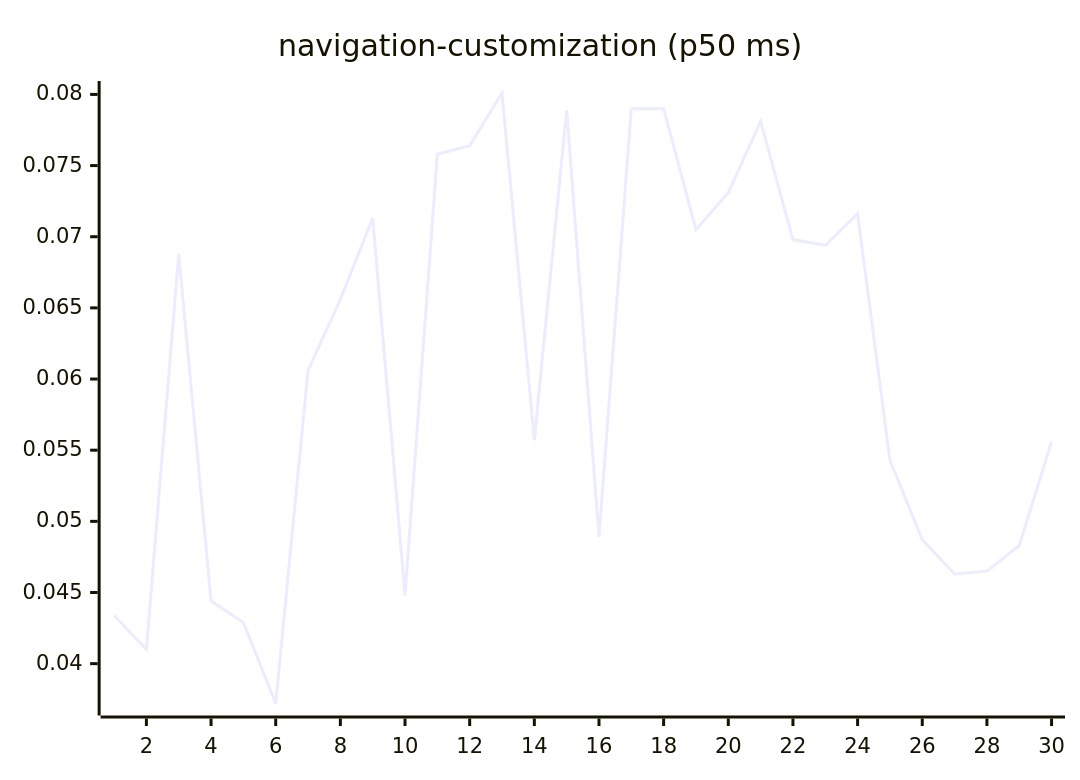
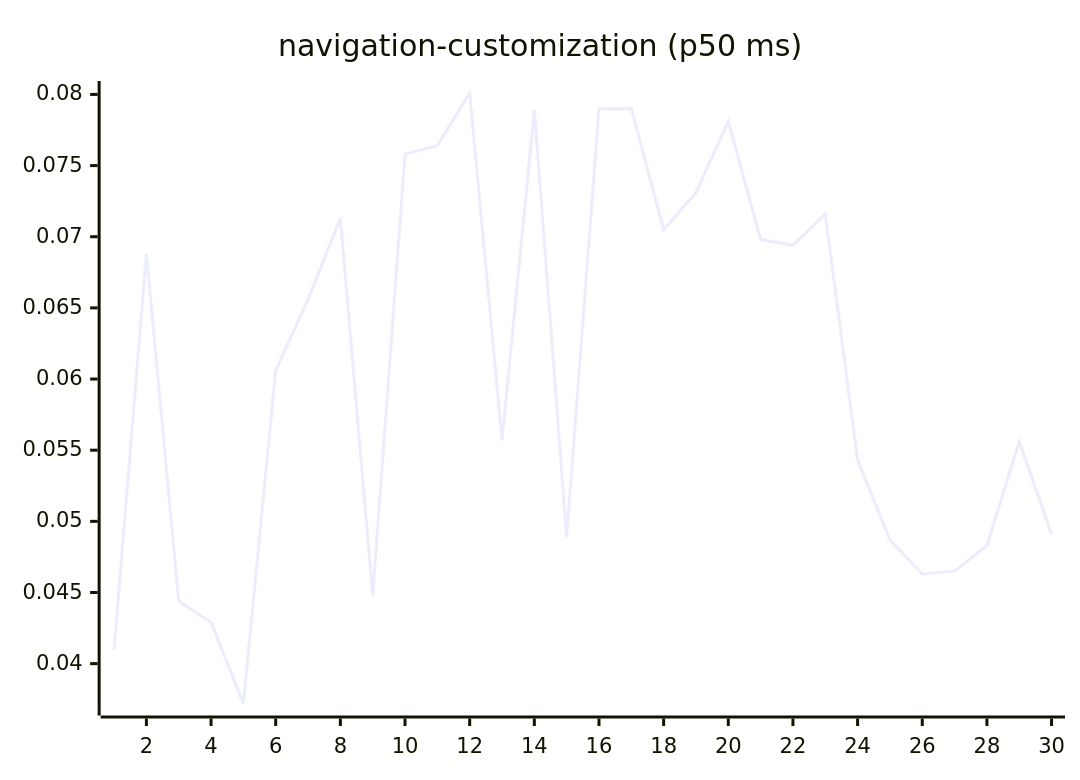
Diagram 15 of 27 in README.md (josha/Facet), drawn with Mermaid before and after one commit. The commit also changed other lines of this file and 2 other files, not shown here.

````diff
--- a/README.md
+++ b/README.md
@@ -161,6 +161,6 @@
 ```mermaid
 xychart-beta
     title "navigation-customization (p50 ms)"
     x-axis 1 --> 30
-    line [0.0434, 0.0410, 0.0688, 0.0444, 0.0429, 0.0372, 0.0606, 0.0656, 0.0713, 0.0448, 0.0758, 0.0764, 0.0801, 0.0557, 0.0789, 0.0489, 0.0790, 0.0790, 0.0705, 0.0731, 0.0781, 0.0698, 0.0694, 0.0716, 0.0543, 0.0487, 0.0463, 0.0465, 0.0483, 0.0556]
+    line [0.0410, 0.0688, 0.0444, 0.0429, 0.0372, 0.0606, 0.0656, 0.0713, 0.0448, 0.0758, 0.0764, 0.0801, 0.0557, 0.0789, 0.0489, 0.0790, 0.0790, 0.0705, 0.0731, 0.0781, 0.0698, 0.0694, 0.0716, 0.0543, 0.0487, 0.0463, 0.0465, 0.0483, 0.0556, 0.0491]
 ```
````
